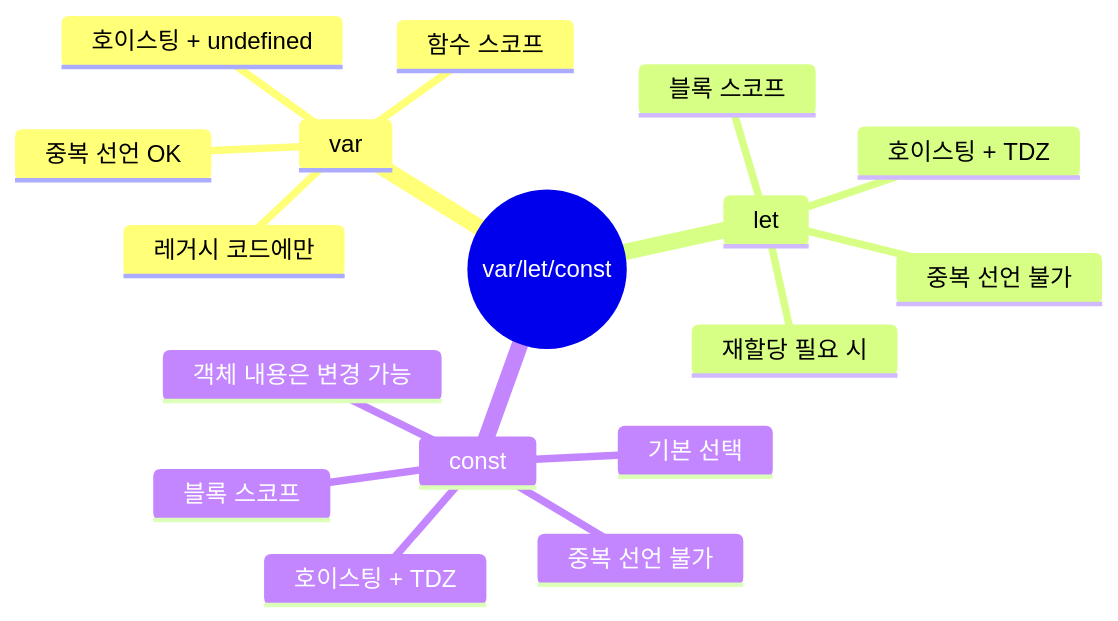
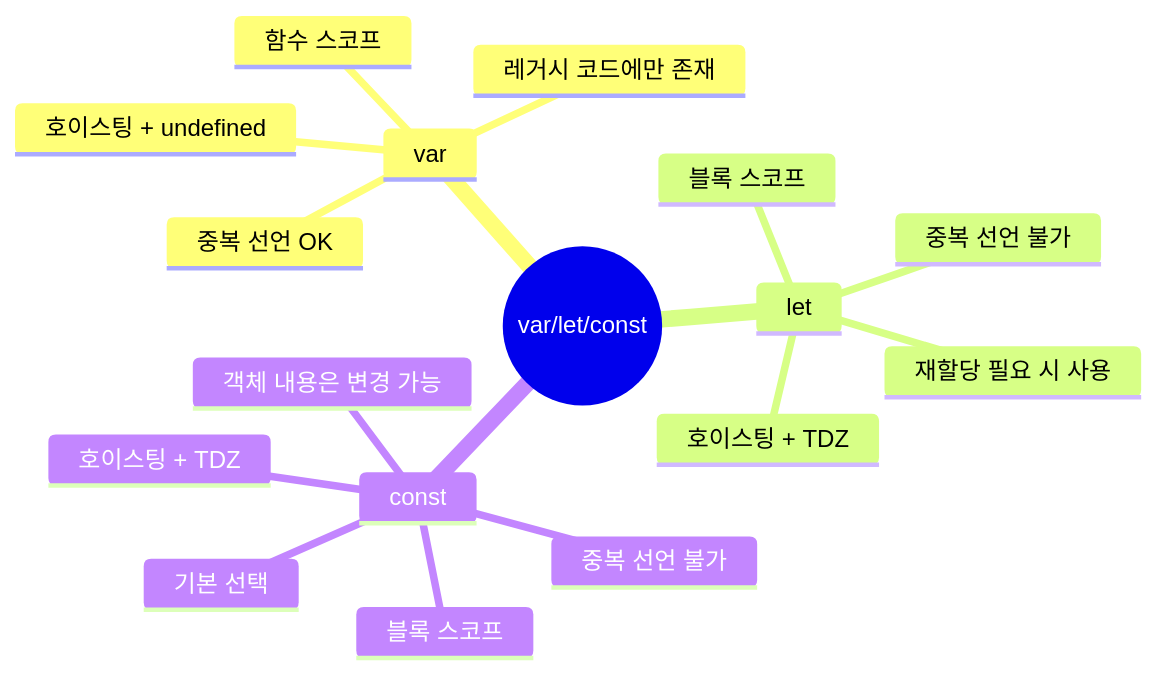
One commit to yjkim2015/yjkim2015.github.io changed the ninth of 9 diagrams in _posts/frontend/2026-05-02-js-var-let-const.md. Above: the diagram before and after it, drawn with Mermaid. The commit also changed other lines of this file and 122 other files, not shown here.

````diff
--- a/_posts/frontend/2026-05-02-js-var-let-const.md
+++ b/_posts/frontend/2026-05-02-js-var-let-const.md
@@ -479,20 +533,20 @@
 ```mermaid
 mindmap
   root((var/let/const))
     var
       함수 스코프
       호이스팅 + undefined
       중복 선언 OK
-      레거시 코드에만
+      레거시 코드에만 존재
     let
       블록 스코프
       호이스팅 + TDZ
       중복 선언 불가
-      재할당 필요 시
+      재할당 필요 시 사용
     const
       블록 스코프
       호이스팅 + TDZ
       중복 선언 불가
       기본 선택
       객체 내용은 변경 가능
 ```
````
